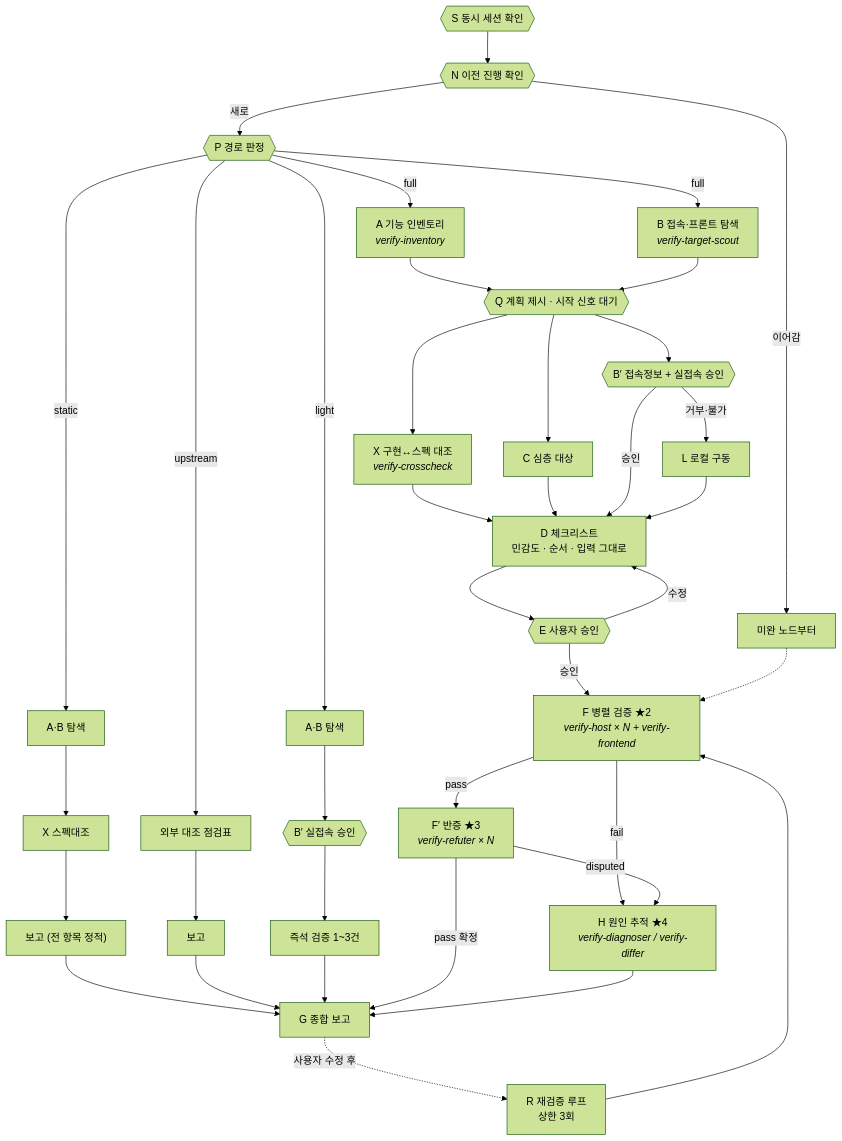
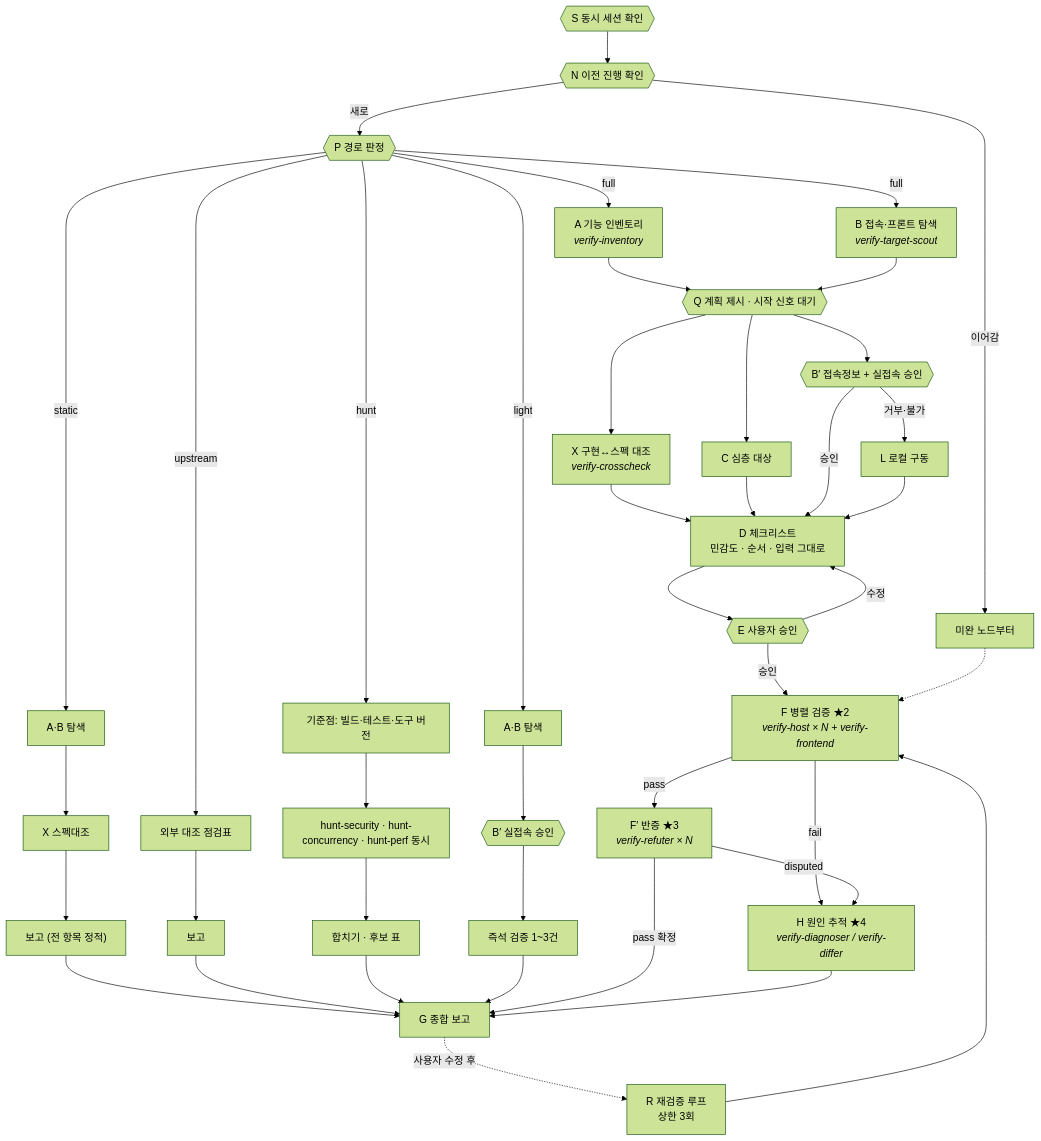
Before and after one commit to jollaman999/jolla-s-super-skills: the diagram in verify-impl/SKILL.md, drawn with Mermaid (forest theme). The commit also changed other lines of this file and 14 other files, not shown here.

````diff
--- a/verify-impl/SKILL.md
+++ b/verify-impl/SKILL.md
@@ -74,32 +77,33 @@
 ```mermaid
 flowchart TD
   S{{"S 동시 세션 확인"}} --> N{{"N 이전 진행 확인"}}
   N -->|이어감| RESUME[미완 노드부터]
   N -->|새로| P{{"P 경로 판정"}}
   P -->|static| SA["A·B 탐색"] --> SX["X 스펙대조"] --> SG["보고 (전 항목 정적)"] --> G
   P -->|upstream| UC["외부 대조 점검표"] --> UG["보고"] --> G
+  P -->|hunt| HB["기준점: 빌드·테스트·도구 버전"] --> HS["hunt-security · hunt-concurrency · hunt-perf 동시"] --> HM["합치기 · 후보 표"] --> G
   P -->|light| LA["A·B 탐색"] --> LB2{{"B′ 실접속 승인"}} --> LV["즉석 검증 1~3건"] --> G
   P -->|full| A["A 기능 인벤토리<br/><i>verify-inventory</i>"]
   P -->|full| B["B 접속·프론트 탐색<br/><i>verify-target-scout</i>"]
   A --> Q{{"Q 계획 제시 · 시작 신호 대기"}}
   B --> Q
   Q --> X["X 구현↔스펙 대조<br/><i>verify-crosscheck</i>"]
   Q --> C[C 심층 대상]
   Q --> B2{{"B′ 접속정보 + 실접속 승인"}}
   B2 -->|거부·불가| L[L 로컬 구동]
   X --> D["D 체크리스트<br/>민감도 · 순서 · 입력 그대로"]
   C --> D
   B2 -->|승인| D
   L --> D
   D --> E{{"E 사용자 승인"}}
   E -->|수정| D
   E -->|승인| F["F 병렬 검증 ★2<br/><i>verify-host × N + verify-frontend</i>"]
   F -->|pass| F2["F′ 반증 ★3<br/><i>verify-refuter × N</i>"]
   F -->|fail| H["H 원인 추적 ★4<br/><i>verify-diagnoser / verify-differ</i>"]
   F2 -->|disputed| H
   F2 -->|pass 확정| G[G 종합 보고]
   H --> G
   G -.->|사용자 수정 후| R["R 재검증 루프<br/>상한 3회"]
   R --> F
   RESUME -.-> F
 ```
````
